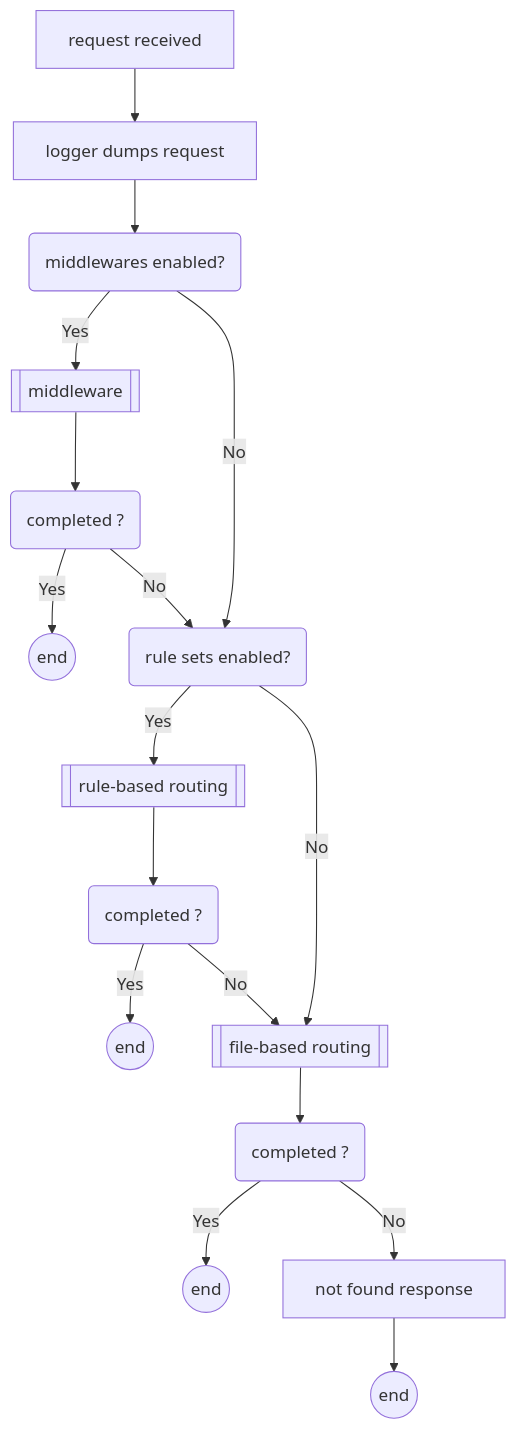
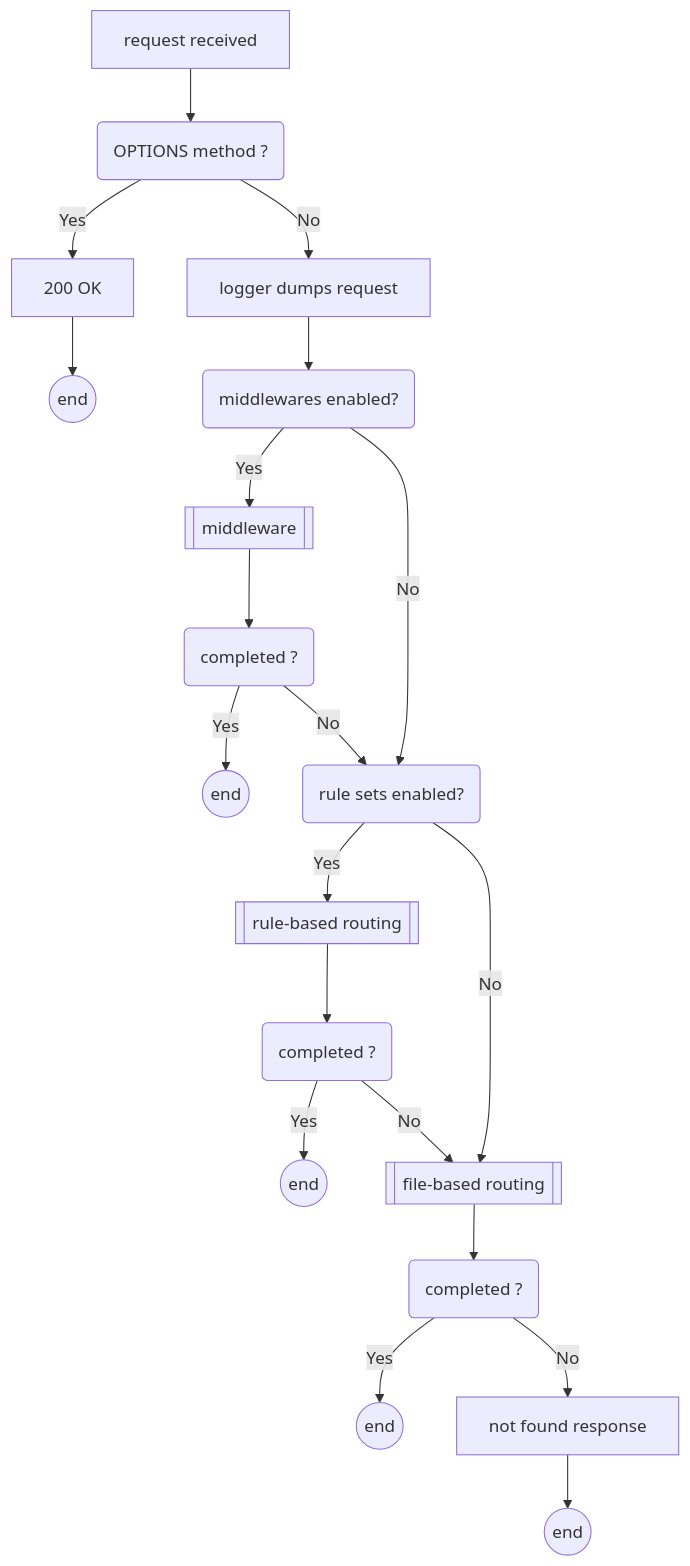
Before and after one commit to nabbisen/apimock-rs: the first of 4 diagrams in docs/technical-referrence/design/service-response.md, drawn with Mermaid. The commit also changed 10 other files, not shown here.

````diff
--- a/docs/technical-referrence/design/service-response.md
+++ b/docs/technical-referrence/design/service-response.md
@@ -5,35 +5,42 @@
 ```mermaid
 flowchart TD
 
     A[request received]
+    OP1(OPTIONS method ?)
+    OP2[200 OK]
+    OP3((end))
     B[logger dumps request]
     C(middlewares enabled?)
     MW[[middleware]]
     MWC("completed ?")
     MWCZ((end))
     D(rule sets enabled?)
     RR[[rule-based routing]]
     RRC("completed ?")
     RRCZ((end))
     FR[[file-based routing]]
     FRC("completed ?")
     FRCZ((end))
     Z2[not found response]
     Z2Z((end))
 
-    A --> B --> C
+    A --> OP1
+    OP1 -->|Yes| OP2
+    OP1 -->|No| B
+    OP2 --> OP3
+    B --> C
     C -->|Yes| MW
     C -->|No| D
     MW --> MWC
     MWC -->|Yes| MWCZ
     MWC -->|No| D
     D --> |Yes| RR
     D --> |No| FR
     RR --> RRC
     RRC -->|Yes| RRCZ
     RRC -->|No| FR
     FR --> FRC
     FRC -->|Yes| FRCZ
     FRC -->|No| Z2
     Z2 --> Z2Z
 ```
````
